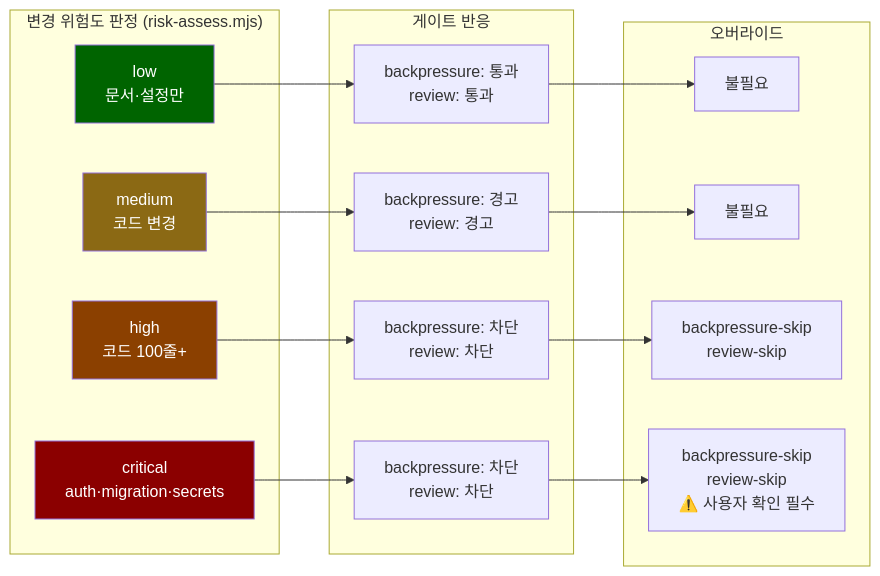
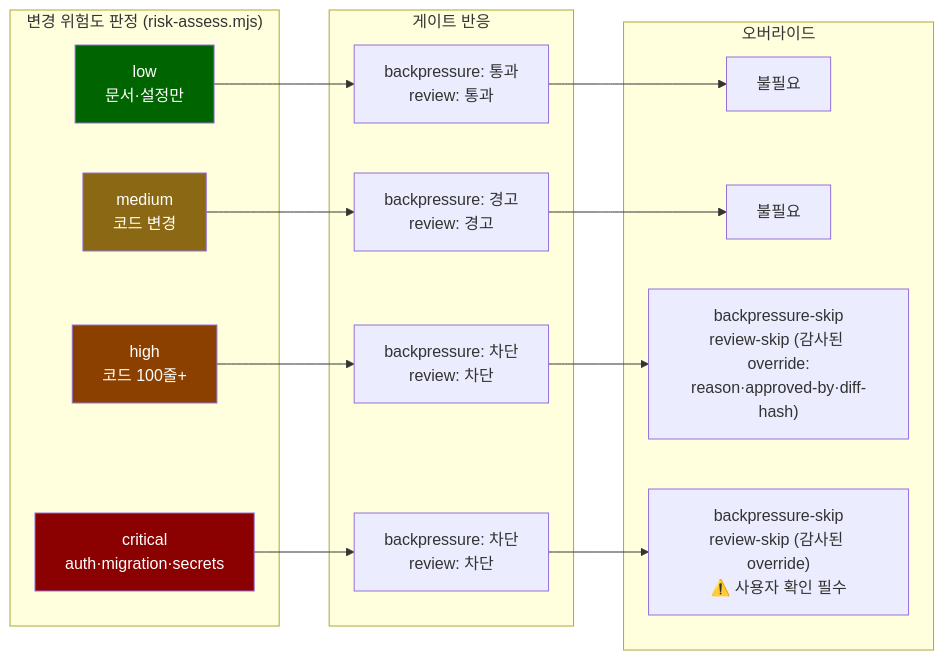
The second of 3 diagrams in docs/architecture/workflow-lifecycle.md (rae-hugo-kim/omp), drawn with Mermaid before and after one commit. The commit also changed other lines of this file and 15 other files, not shown here.

````diff
--- a/docs/architecture/workflow-lifecycle.md
+++ b/docs/architecture/workflow-lifecycle.md
@@ -203,33 +210,33 @@
 ```mermaid
 flowchart LR
     subgraph risk["변경 위험도 판정 (risk-assess.mjs)"]
         R1["low<br/>문서·설정만"]
         R2["medium<br/>코드 변경"]
         R3["high<br/>코드 100줄+"]
         R4["critical<br/>auth·migration·secrets"]
     end
 
     subgraph gates["게이트 반응"]
         G1["backpressure: 통과<br/>review: 통과"]
         G2["backpressure: 경고<br/>review: 경고"]
         G3["backpressure: 차단<br/>review: 차단"]
         G4["backpressure: 차단<br/>review: 차단"]
     end
 
     subgraph override["오버라이드"]
         O1["불필요"]
         O2["불필요"]
-        O3["backpressure-skip<br/>review-skip"]
-        O4["backpressure-skip<br/>review-skip<br/>⚠️ 사용자 확인 필수"]
+        O3["backpressure-skip<br/>review-skip (감사된 override:<br/>reason·approved-by·diff-hash)"]
+        O4["backpressure-skip<br/>review-skip (감사된 override)<br/>⚠️ 사용자 확인 필수"]
     end
 
     R1 --> G1 --> O1
     R2 --> G2 --> O2
     R3 --> G3 --> O3
     R4 --> G4 --> O4
 
     style R1 fill:#006400,color:#fff
     style R2 fill:#8b6914,color:#fff
     style R3 fill:#8b4000,color:#fff
     style R4 fill:#8b0000,color:#fff
 ```
````
